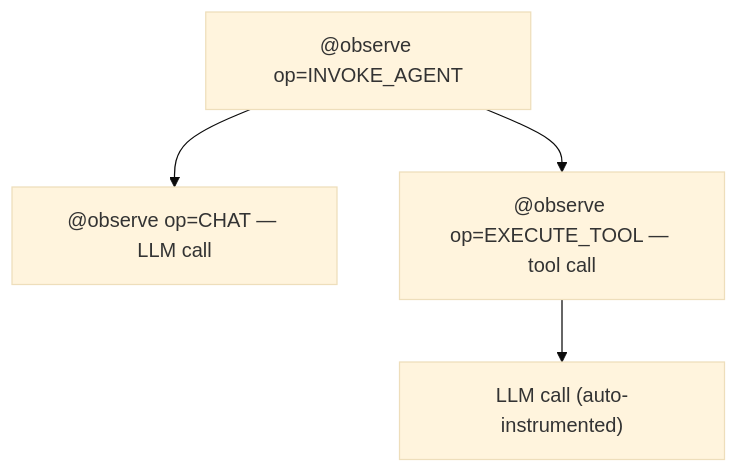
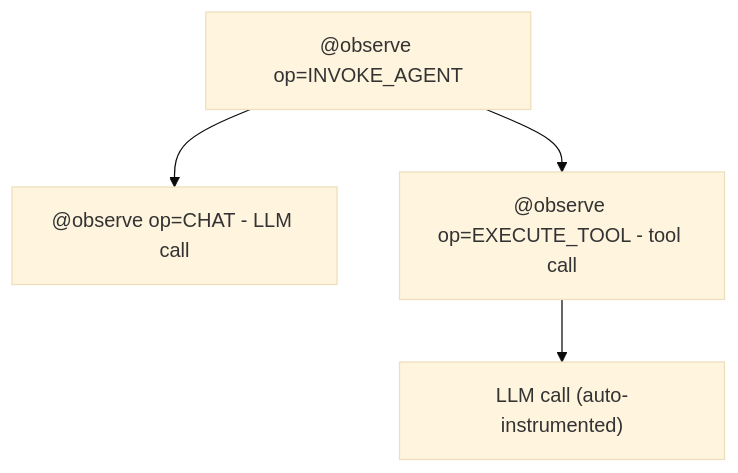
One commit to opensearch-project/observability-stack changed the diagram in docs/starlight-docs/src/content/docs/send-data/ai-agents/python.mdx. Above: the diagram before and after it, drawn with Mermaid (base theme). The commit also changed other lines of this file and 70 other files, not shown here.

````diff
--- a/docs/starlight-docs/src/content/docs/send-data/ai-agents/python.mdx
+++ b/docs/starlight-docs/src/content/docs/send-data/ai-agents/python.mdx
@@ -190,6 +190,6 @@
 ```mermaid
 flowchart TD
-    A["@observe op=INVOKE_AGENT"] --> B["@observe op=CHAT — LLM call"]
-    A --> C["@observe op=EXECUTE_TOOL — tool call"]
+    A["@observe op=INVOKE_AGENT"] --> B["@observe op=CHAT - LLM call"]
+    A --> C["@observe op=EXECUTE_TOOL - tool call"]
     C --> D["LLM call (auto-instrumented)"]
 ```
````
